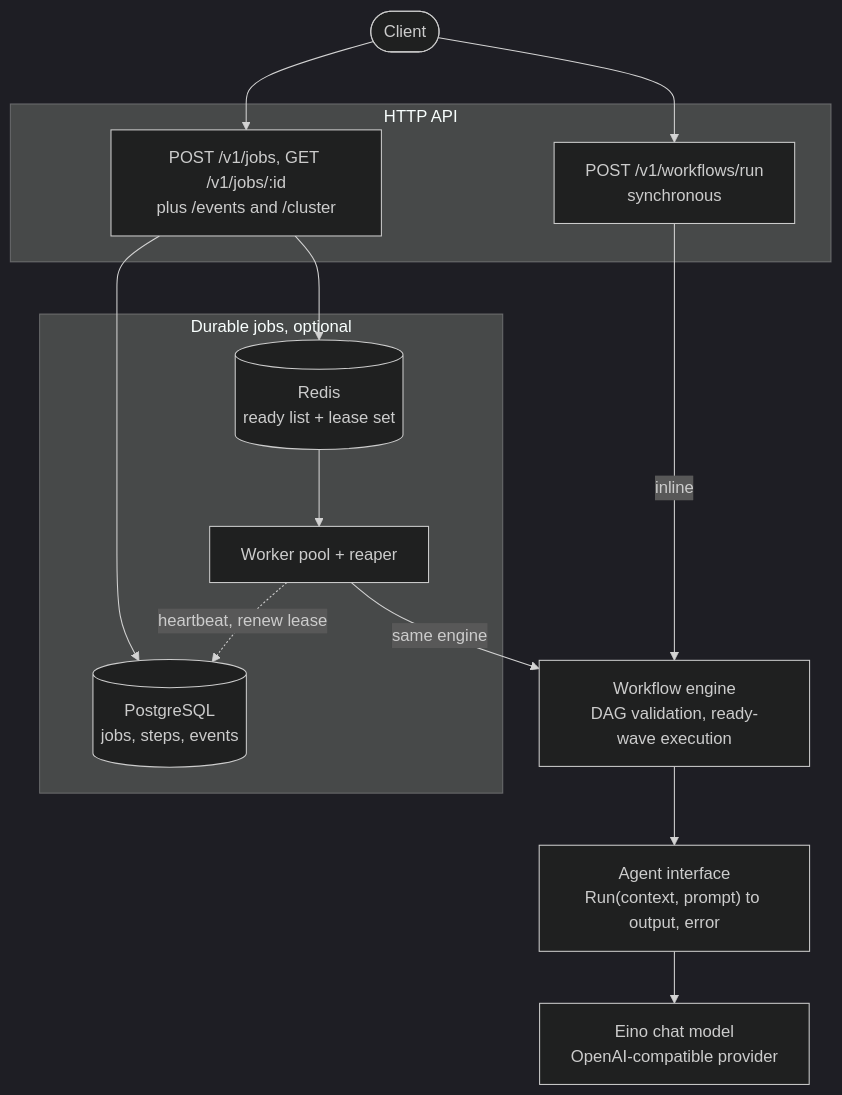
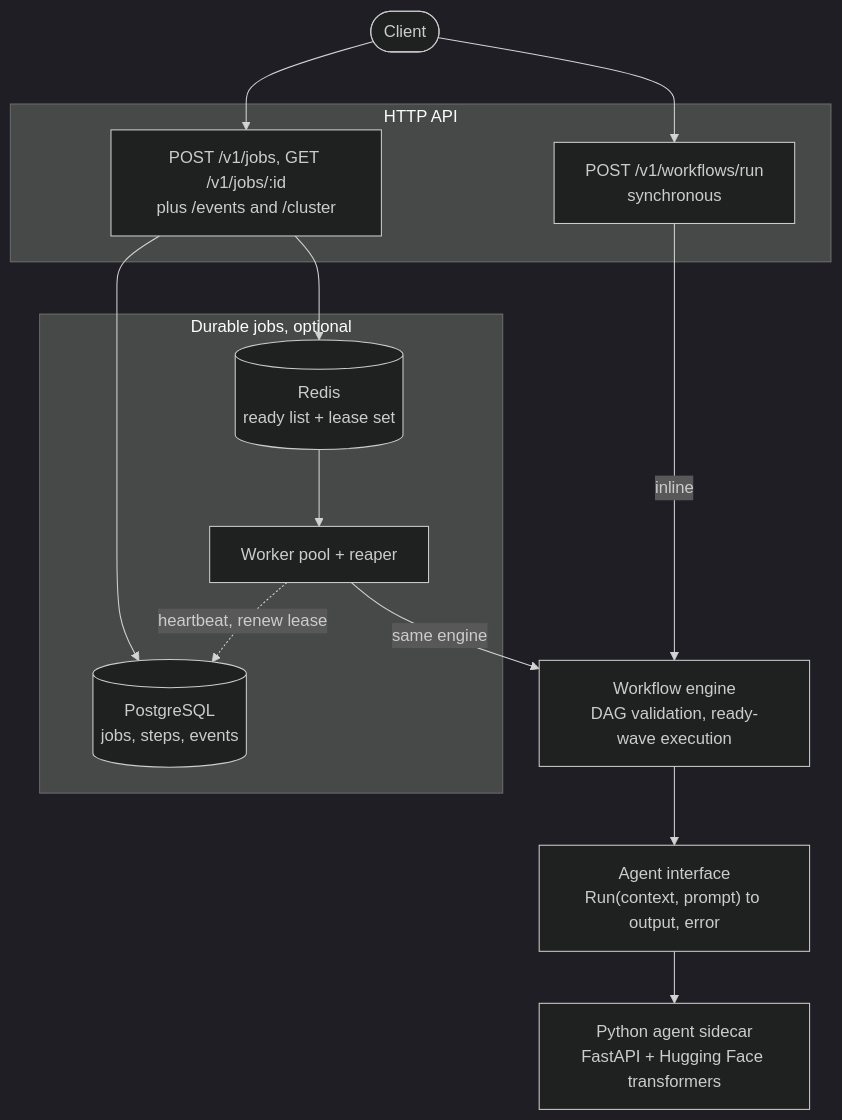
Before and after one commit to sagnikc395/anchora: the first of 2 diagrams in README.md, drawn with Mermaid (dark theme). The commit also changed other lines of this file and 26 other files, not shown here.

````diff
--- a/README.md
+++ b/README.md
@@ -16,29 +17,29 @@
 ```mermaid
 flowchart TD
     Client([Client])
 
     subgraph API["HTTP API"]
         Run["POST /v1/workflows/run<br/>synchronous"]
         Jobs["POST /v1/jobs, GET /v1/jobs/:id<br/>plus /events and /cluster"]
     end
 
     Engine["Workflow engine<br/>DAG validation, ready-wave execution"]
     Agent["Agent interface<br/>Run(context, prompt) to output, error"]
-    Provider["Eino chat model<br/>OpenAI-compatible provider"]
+    Provider["Python agent sidecar<br/>FastAPI + Hugging Face transformers"]
 
     subgraph Async["Durable jobs, optional"]
         Queue[("Redis<br/>ready list + lease set")]
         Store[("PostgreSQL<br/>jobs, steps, events")]
         Workers["Worker pool + reaper"]
     end
 
     Client --> Run
     Client --> Jobs
     Run -- inline --> Engine
     Jobs --> Store
     Jobs --> Queue
     Queue --> Workers
     Workers -- same engine --> Engine
     Workers -. heartbeat, renew lease .-> Store
     Engine --> Agent --> Provider
 ```
````
